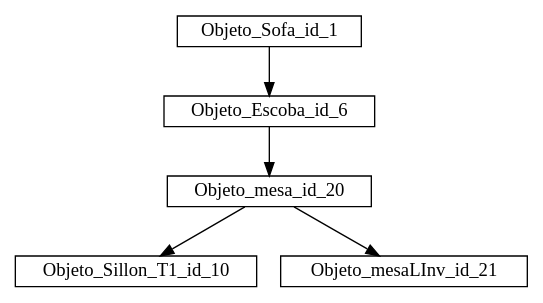
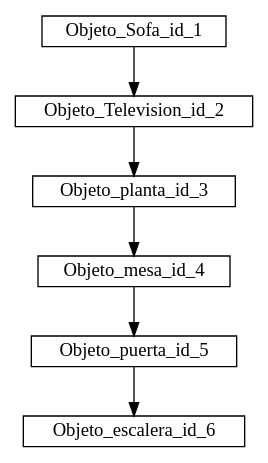
One commit to olgt/Laboratorio_EDD_201612341 changed the diagram in build-EDD_Proyecto_1-Desktop_Qt_5_15_0_GCC_64bit-Debug/Proyecto1_Nivel_1_ABB.gv. Above: the diagram before and after it, drawn with Graphviz. The commit also changed 44 other files, not shown here.

```diff
--- a/build-EDD_Proyecto_1-Desktop_Qt_5_15_0_GCC_64bit-Debug/Proyecto1_Nivel_1_ABB.gv
+++ b/build-EDD_Proyecto_1-Desktop_Qt_5_15_0_GCC_64bit-Debug/Proyecto1_Nivel_1_ABB.gv
@@ -1,8 +1,9 @@
 digraph G {
 rankdir = TB; 
 node [shape=record, width=.1, height=.1]; 
-Objeto_Sofa_id_1->Objeto_Escoba_id_6; 
-Objeto_Escoba_id_6->Objeto_mesa_id_20; 
-Objeto_mesa_id_20->Objeto_Sillon_T1_id_10; 
-Objeto_mesa_id_20->Objeto_mesaLInv_id_21; 
+Objeto_Sofa_id_1->Objeto_Television_id_2; 
+Objeto_Television_id_2->Objeto_planta_id_3; 
+Objeto_planta_id_3->Objeto_mesa_id_4; 
+Objeto_mesa_id_4->Objeto_puerta_id_5; 
+Objeto_puerta_id_5->Objeto_escalera_id_6; 
 }
```
